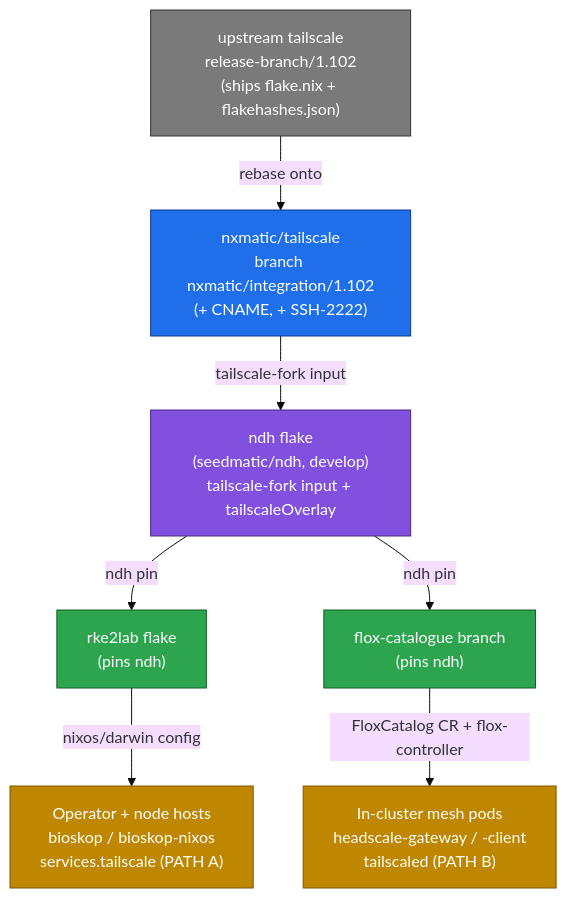
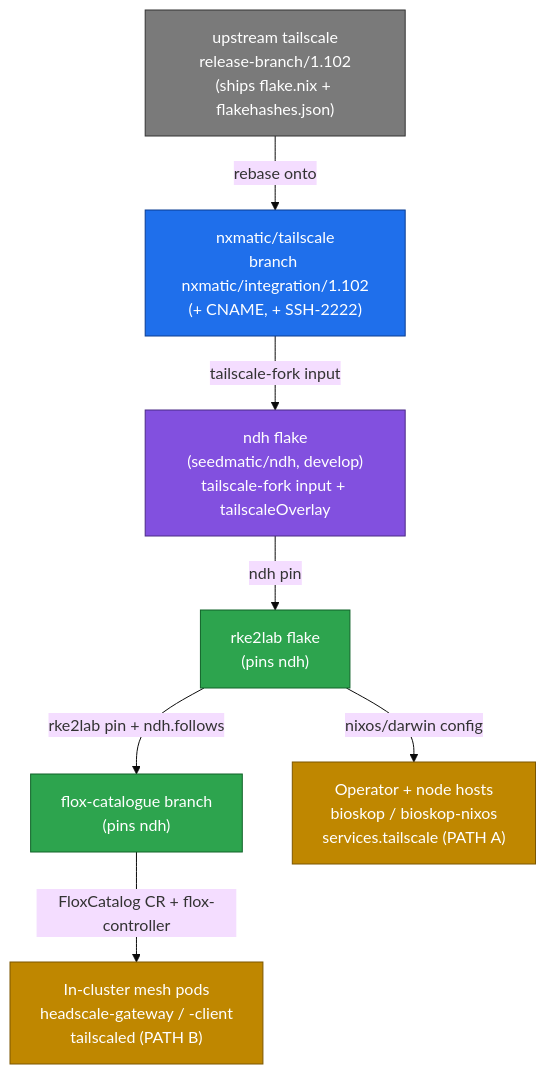
One commit to seedmatic/rke2lab changed the first of 2 diagrams in docs/architecture/nixos-substrate/tailscale-fork-supply-chain.adoc. Above: the diagram before and after it, drawn with Mermaid (base theme). The commit also changed other lines of this file, not shown here.

First line of the commit message:
docs(tailscale): single ndh pin — flox-catalogue follows rke2lab/ndh

```diff
--- a/docs/architecture/nixos-substrate/tailscale-fork-supply-chain.adoc
+++ b/docs/architecture/nixos-substrate/tailscale-fork-supply-chain.adoc
@@ -38,27 +38,27 @@
 [mermaid]
 ....
 graph TD
     UP["upstream tailscale<br/>release-branch/1.102<br/>(ships flake.nix + flakehashes.json)"]:::ext
     FORK["nxmatic/tailscale<br/>branch nxmatic/integration/1.102<br/>(+ CNAME, + SSH-2222)"]:::fork
 
     NDH["ndh flake<br/>(seedmatic/ndh, develop)<br/>tailscale-fork input + tailscaleOverlay"]:::ssot
 
     RKE["rke2lab flake<br/>(pins ndh)"]:::consumer
     CAT["flox-catalogue branch<br/>(pins ndh)"]:::consumer
 
     HOSTS["Operator + node hosts<br/>bioskop / bioskop-nixos<br/>services.tailscale (PATH A)"]:::runtime
     MESH["In-cluster mesh pods<br/>headscale-gateway / -client<br/>tailscaled (PATH B)"]:::runtime
 
     UP -->|rebase onto| FORK
     FORK -->|tailscale-fork input| NDH
     NDH -->|ndh pin| RKE
-    NDH -->|ndh pin| CAT
+    RKE -->|"rke2lab pin + ndh.follows"| CAT
     RKE -->|nixos/darwin config| HOSTS
     CAT -->|FloxCatalog CR + flox-controller| MESH
 
     classDef ext fill:#7a7a7a,stroke:#333,color:#fff;
     classDef fork fill:#1f6feb,stroke:#0b3d91,color:#fff;
     classDef ssot fill:#8250df,stroke:#4b2a86,color:#fff;
     classDef consumer fill:#2da44e,stroke:#116329,color:#fff;
     classDef runtime fill:#bf8700,stroke:#7d5700,color:#fff;
 ....
```
